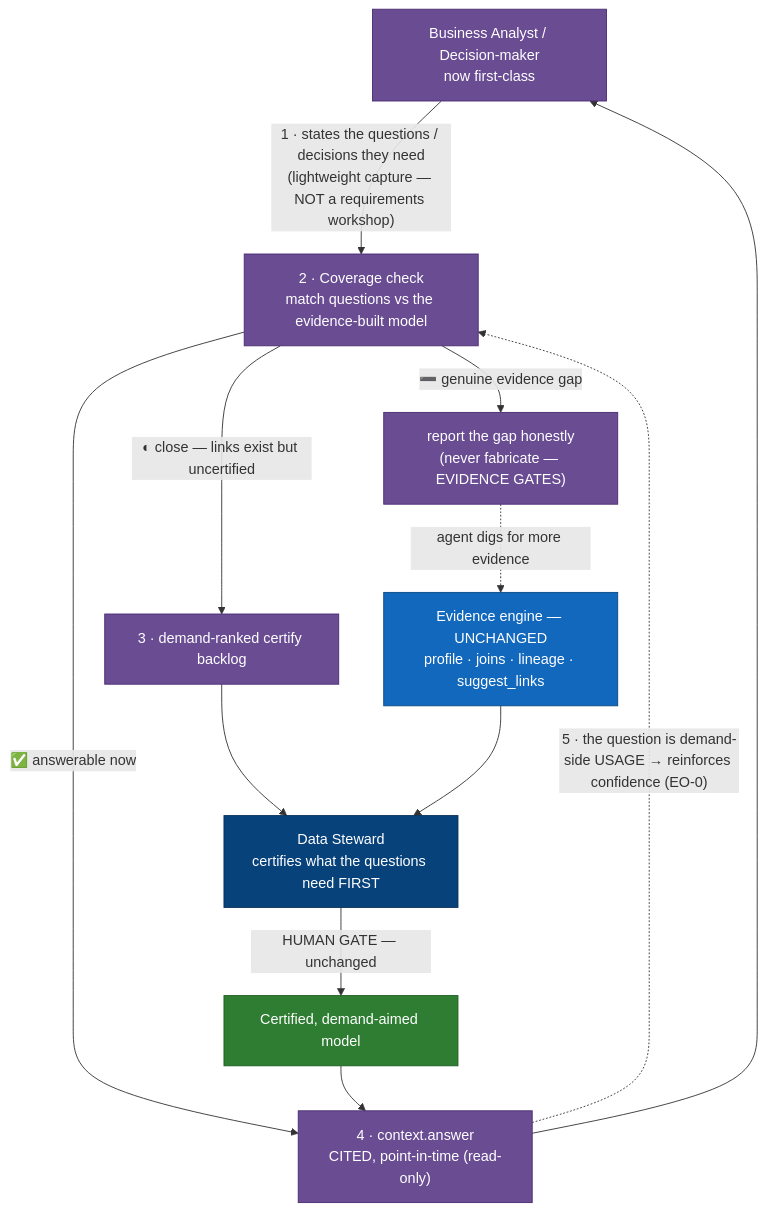
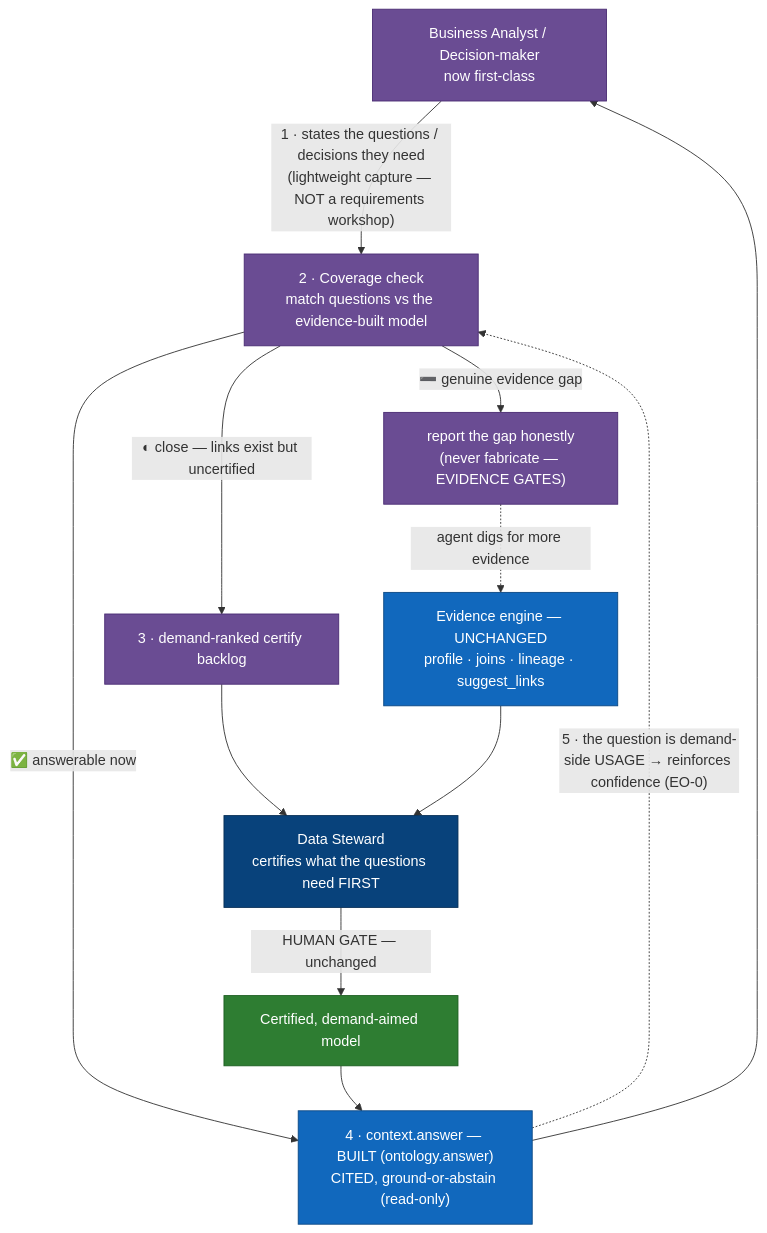
Before and after one commit to numan98khan/datadex-architecture: the third of 4 diagrams in USER-FLOWS.md, drawn with Mermaid. The commit also changed other lines of this file and 3 other files, not shown here.

First line of the commit message:
docs: refresh architecture mirror for the current platform state

````diff
--- a/USER-FLOWS.md
+++ b/USER-FLOWS.md
@@ -105,20 +109,20 @@
 ```mermaid
 flowchart TB
   ba["Business Analyst / Decision-maker<br/>now first-class"]:::proposed
   ba -->|"1 · states the questions / decisions they need<br/>(lightweight capture — NOT a requirements workshop)"| cov["2 · Coverage check<br/>match questions vs the evidence-built model"]:::proposed
-  cov -->|"✅ answerable now"| ans["4 · context.answer<br/>CITED, point-in-time (read-only)"]:::proposed
+  cov -->|"✅ answerable now"| ans["4 · context.answer — BUILT (ontology.answer)<br/>CITED, ground-or-abstain (read-only)"]:::container
   cov -->|"◐ close — links exist but uncertified"| backlog["3 · demand-ranked certify backlog"]:::proposed
   cov -->|"➖ genuine evidence gap"| gap["report the gap honestly<br/>(never fabricate — EVIDENCE GATES)"]:::proposed
   backlog --> ds["Data Steward<br/>certifies what the questions need FIRST"]:::person
   gap -.->|"agent digs for more evidence"| eng["Evidence engine — UNCHANGED<br/>profile · joins · lineage · suggest_links"]:::container
   eng --> ds
   ds -->|"HUMAN GATE — unchanged"| model["Certified, demand-aimed model"]:::ok
   model --> ans
   ans --> ba
   ans -.->|"5 · the question is demand-side USAGE → reinforces confidence (EO-0)"| cov
 
   classDef person fill:#08427b,stroke:#052e56,color:#fff;
   classDef container fill:#1168bd,stroke:#0b4884,color:#fff;
   classDef ok fill:#2e7d32,stroke:#1b5e20,color:#fff;
   classDef proposed fill:#6a4c93,stroke:#4a2c73,color:#fff;
 ```
````
